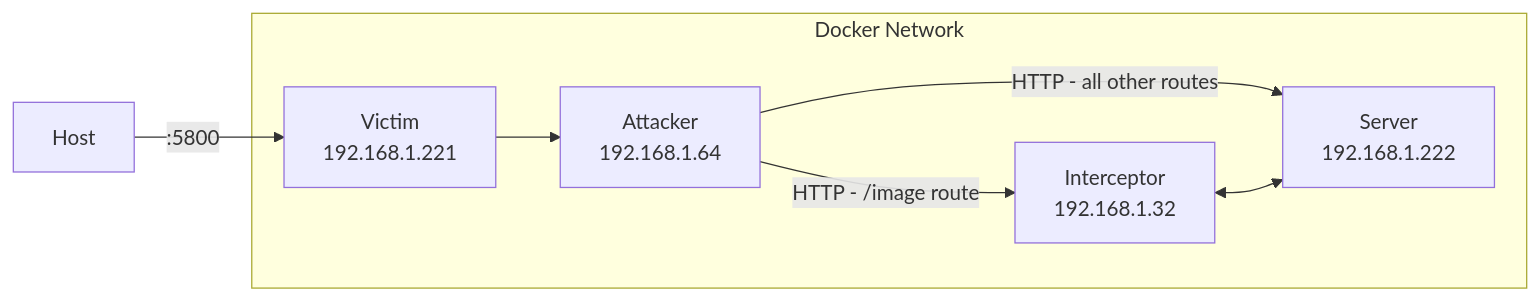
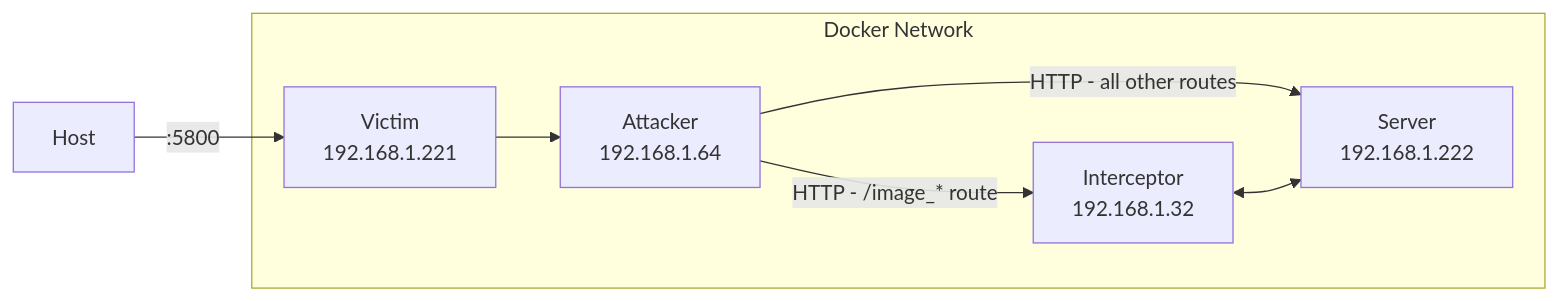
The second of 2 diagrams in README.md (birdwainer/ModITM), drawn with Mermaid before and after one commit. The commit also changed other lines of this file and 7 other files, not shown here.

````diff
--- a/README.md
+++ b/README.md
@@ -29,24 +29,24 @@
 ```mermaid
 flowchart LR
 
 h[Host] -->|":5800"| v["`Victim
 
 192.168.1.221`"]
 
 subgraph "Docker Network"
 
 v --> a
 a -->|"HTTP - all other routes"| s["`Server
 
 192.168.1.222`"]
 
 a["`Attacker
 
-192.168.1.64`"] -->|"HTTP - /image route"| i["`Interceptor
+192.168.1.64`"] -->|"HTTP - /image_* route"| i["`Interceptor
 
 192.168.1.32`"]
 
 i <--> s
 
 end
 ```
````
